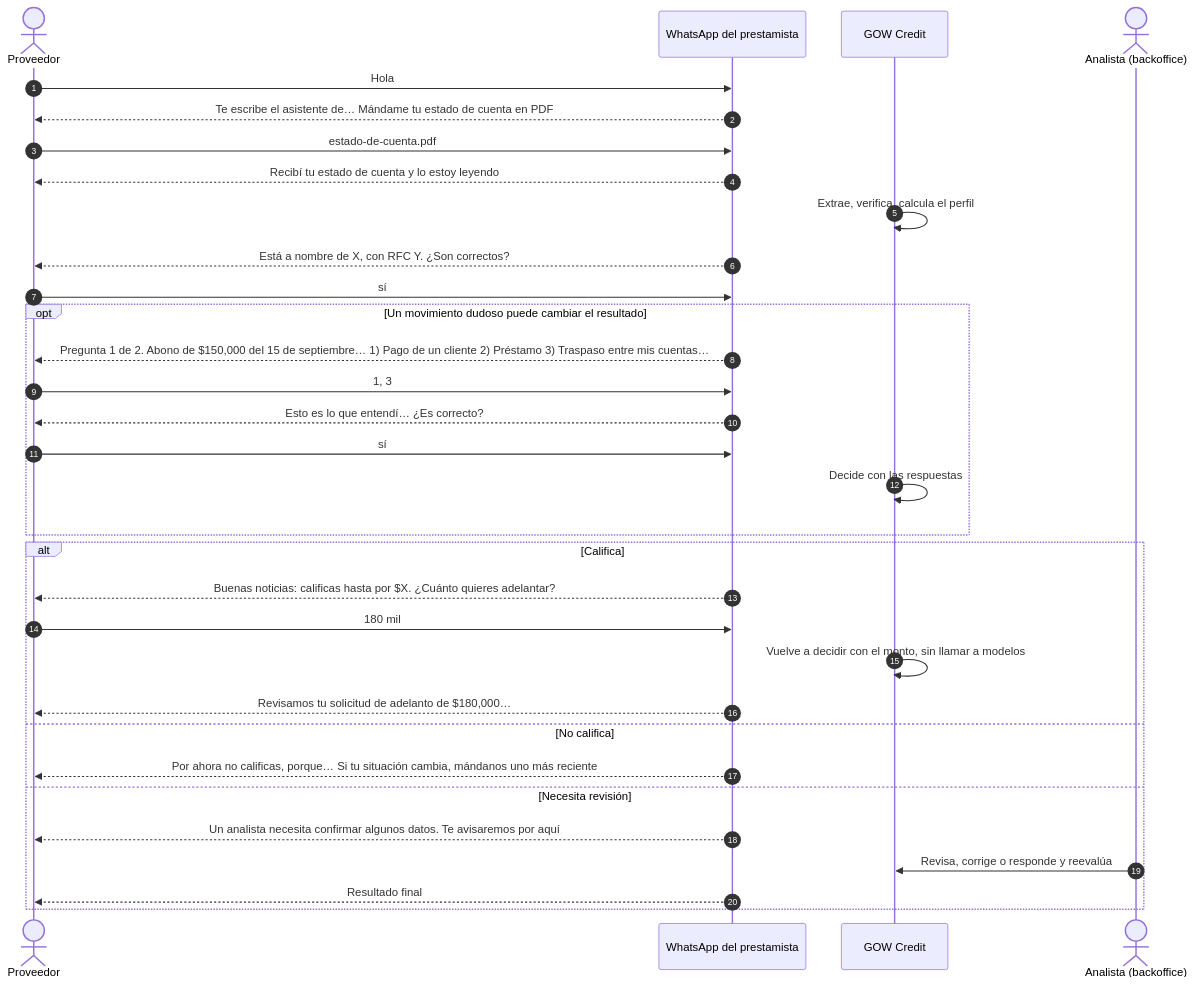
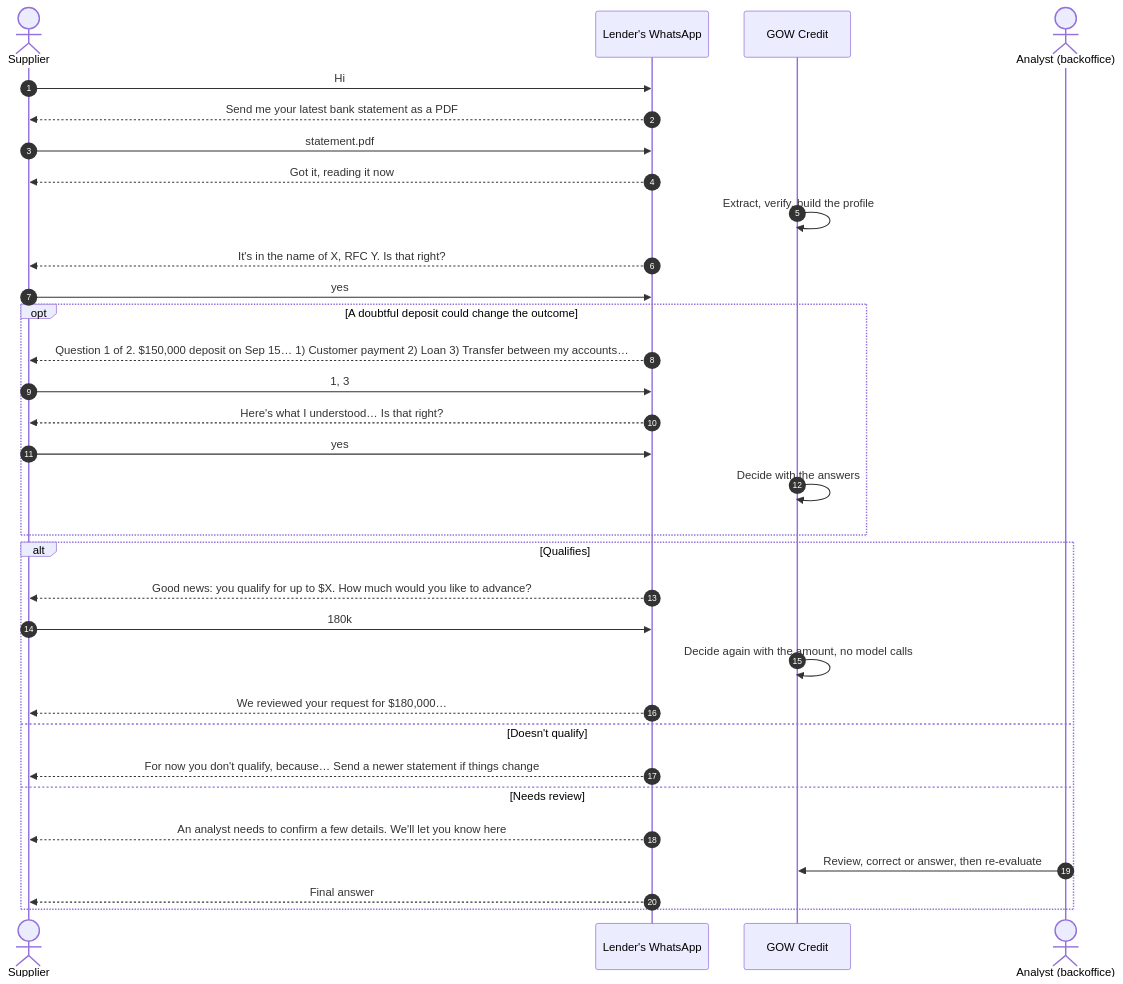
One commit to moydany/gow-credit changed the second of 5 diagrams in README.md. Above: the diagram before and after it, drawn with Mermaid. The commit also changed other lines of this file and 2 other files, not shown here.

````diff
--- a/README.md
+++ b/README.md
@@ -170,35 +191,35 @@
 ```mermaid
 sequenceDiagram
     autonumber
-    actor P as Proveedor
-    participant W as WhatsApp del prestamista
+    actor P as Supplier
+    participant W as Lender's WhatsApp
     participant S as GOW Credit
-    actor A as Analista (backoffice)
+    actor A as Analyst (backoffice)
 
-    P->>W: Hola
-    W-->>P: Te escribe el asistente de… Mándame tu estado de cuenta en PDF
-    P->>W: estado-de-cuenta.pdf
-    W-->>P: Recibí tu estado de cuenta y lo estoy leyendo
-    S->>S: Extrae, verifica, calcula el perfil
-    W-->>P: Está a nombre de X, con RFC Y. ¿Son correctos?
-    P->>W: sí
-    opt Un movimiento dudoso puede cambiar el resultado
-        W-->>P: Pregunta 1 de 2. Abono de $150,000 del 15 de septiembre… 1) Pago de un cliente 2) Préstamo 3) Traspaso entre mis cuentas…
+    P->>W: Hi
+    W-->>P: Send me your latest bank statement as a PDF
+    P->>W: statement.pdf
+    W-->>P: Got it, reading it now
+    S->>S: Extract, verify, build the profile
+    W-->>P: It's in the name of X, RFC Y. Is that right?
+    P->>W: yes
+    opt A doubtful deposit could change the outcome
+        W-->>P: Question 1 of 2. $150,000 deposit on Sep 15… 1) Customer payment 2) Loan 3) Transfer between my accounts…
         P->>W: 1, 3
-        W-->>P: Esto es lo que entendí… ¿Es correcto?
-        P->>W: sí
-        S->>S: Decide con las respuestas
+        W-->>P: Here's what I understood… Is that right?
+        P->>W: yes
+        S->>S: Decide with the answers
     end
-    alt Califica
-        W-->>P: Buenas noticias: calificas hasta por $X. ¿Cuánto quieres adelantar?
-        P->>W: 180 mil
-        S->>S: Vuelve a decidir con el monto, sin llamar a modelos
-        W-->>P: Revisamos tu solicitud de adelanto de $180,000…
-    else No califica
-        W-->>P: Por ahora no calificas, porque… Si tu situación cambia, mándanos uno más reciente
-    else Necesita revisión
-        W-->>P: Un analista necesita confirmar algunos datos. Te avisaremos por aquí
-        A->>S: Revisa, corrige o responde y reevalúa
-        W-->>P: Resultado final
+    alt Qualifies
+        W-->>P: Good news: you qualify for up to $X. How much would you like to advance?
+        P->>W: 180k
+        S->>S: Decide again with the amount, no model calls
+        W-->>P: We reviewed your request for $180,000…
+    else Doesn't qualify
+        W-->>P: For now you don't qualify, because… Send a newer statement if things change
+    else Needs review
+        W-->>P: An analyst needs to confirm a few details. We'll let you know here
+        A->>S: Review, correct or answer, then re-evaluate
+        W-->>P: Final answer
     end
 ```
````
